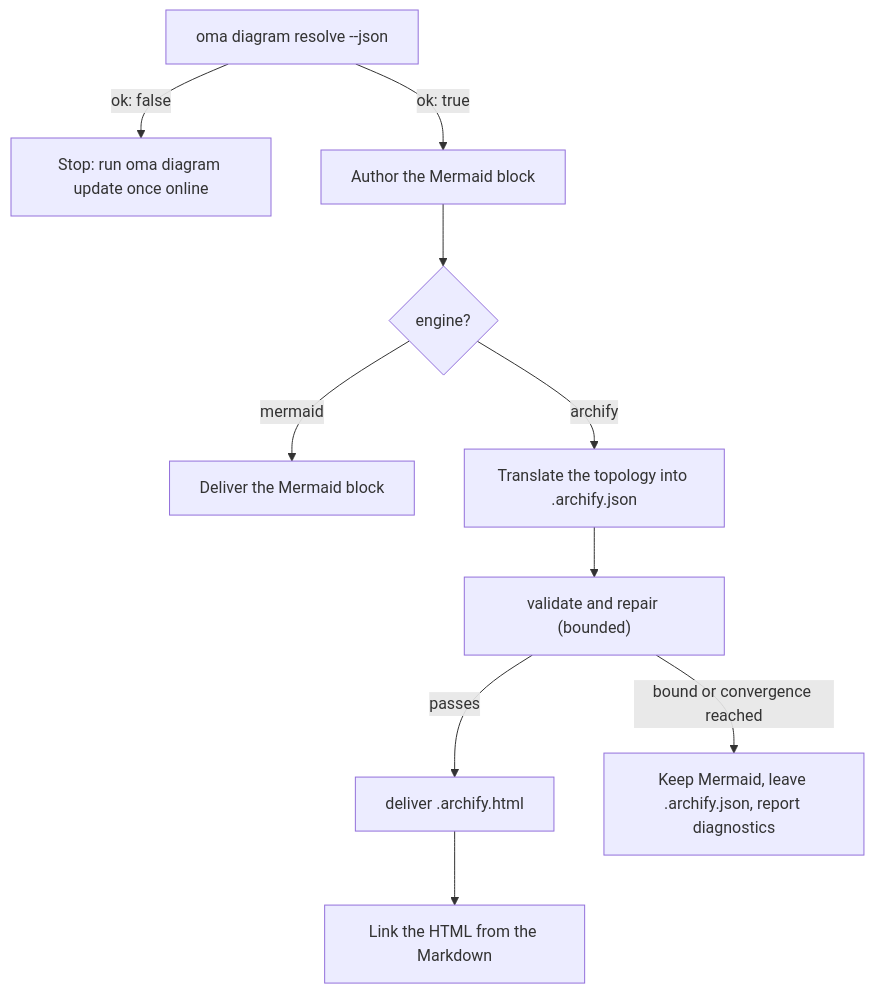
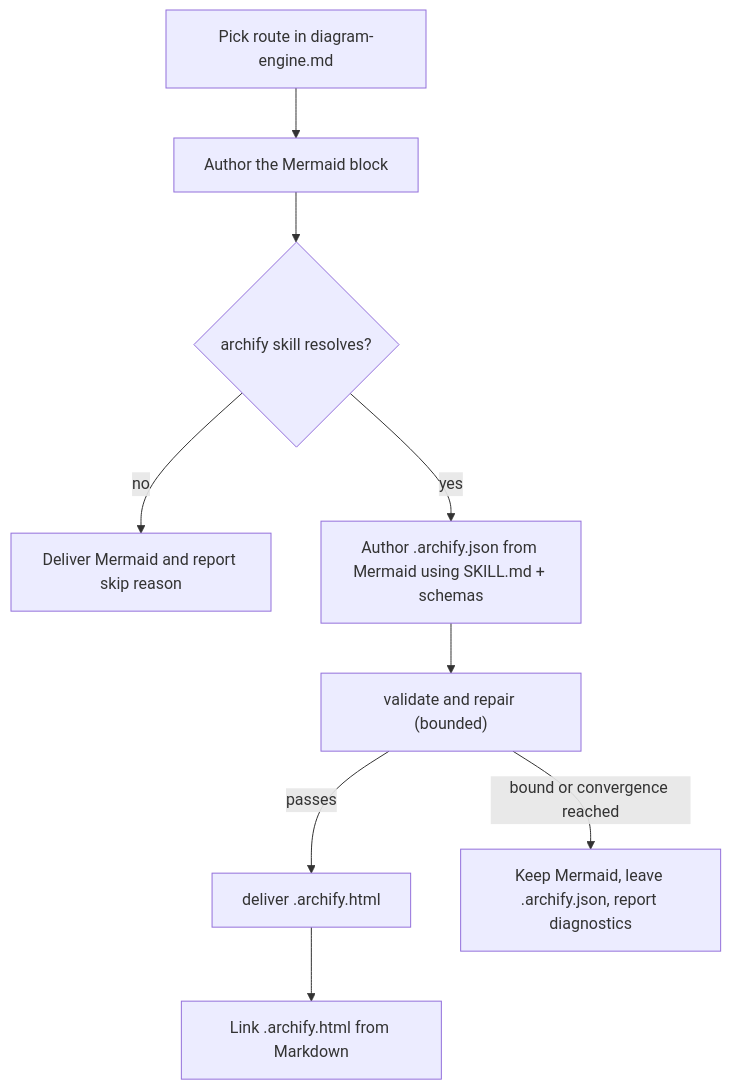
One commit to first-fluke/oh-my-agent changed the diagram in web/docs/guide/diagram-engine.md. Above: the diagram before and after it, drawn with Mermaid. The commit also changed other lines of this file and 83 other files, not shown here.

First line of the commit message:
feat(explain)!: route understand-anything and archify as skills

````diff
--- a/web/docs/guide/diagram-engine.md
+++ b/web/docs/guide/diagram-engine.md
@@ -116,12 +69,11 @@
 ```mermaid
 flowchart TD
-  resolve["oma diagram resolve --json"] -->|"ok: false"| stop["Stop: run oma diagram update once online"]
-  resolve -->|"ok: true"| author["Author the Mermaid block"]
-  author --> engine{"engine?"}
-  engine -->|mermaid| mermaidOnly["Deliver the Mermaid block"]
-  engine -->|archify| spec["Translate the topology into .archify.json"]
+  pick["Pick route in diagram-engine.md"] --> author["Author the Mermaid block"]
+  author --> resolve{"archify skill resolves?"}
+  resolve -->|no| mermaidOnly["Deliver Mermaid and report skip reason"]
+  resolve -->|yes| spec["Author .archify.json from Mermaid using SKILL.md + schemas"]
   spec --> loop["validate and repair (bounded)"]
   loop -->|passes| deliver["deliver .archify.html"]
   loop -->|"bound or convergence reached"| keep["Keep Mermaid, leave .archify.json, report diagnostics"]
-  deliver --> link["Link the HTML from the Markdown"]
+  deliver --> link["Link .archify.html from Markdown"]
 ```
````
